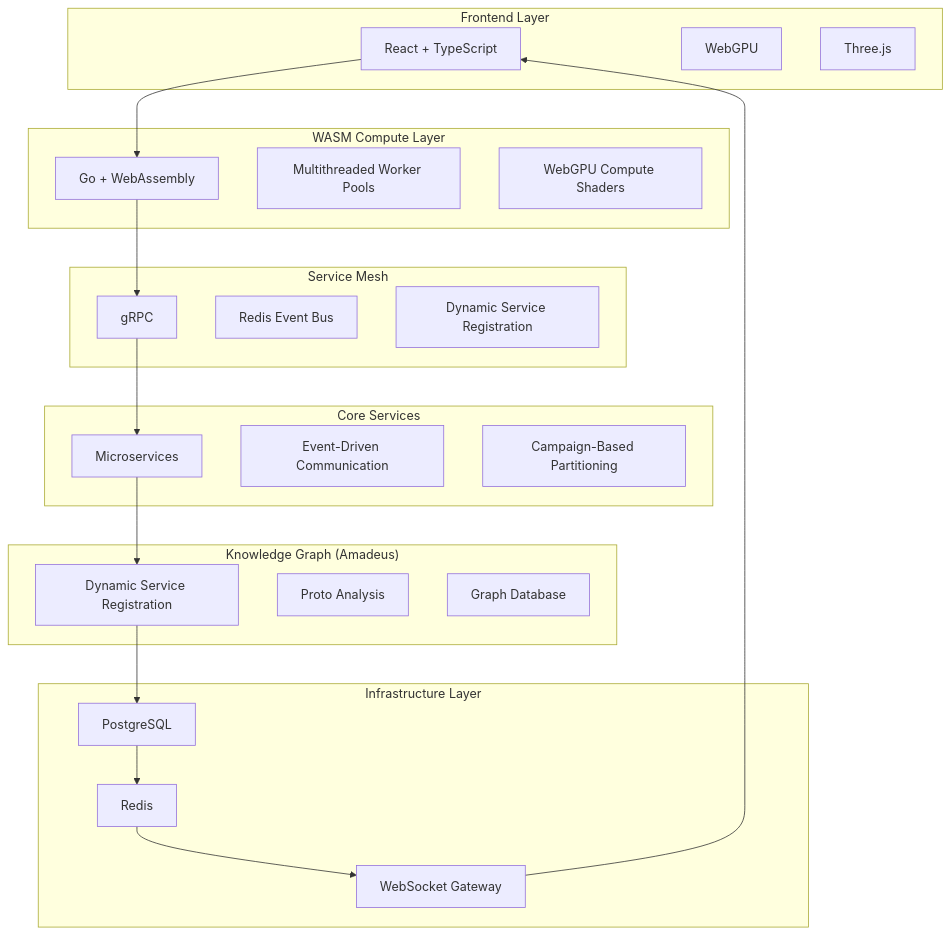
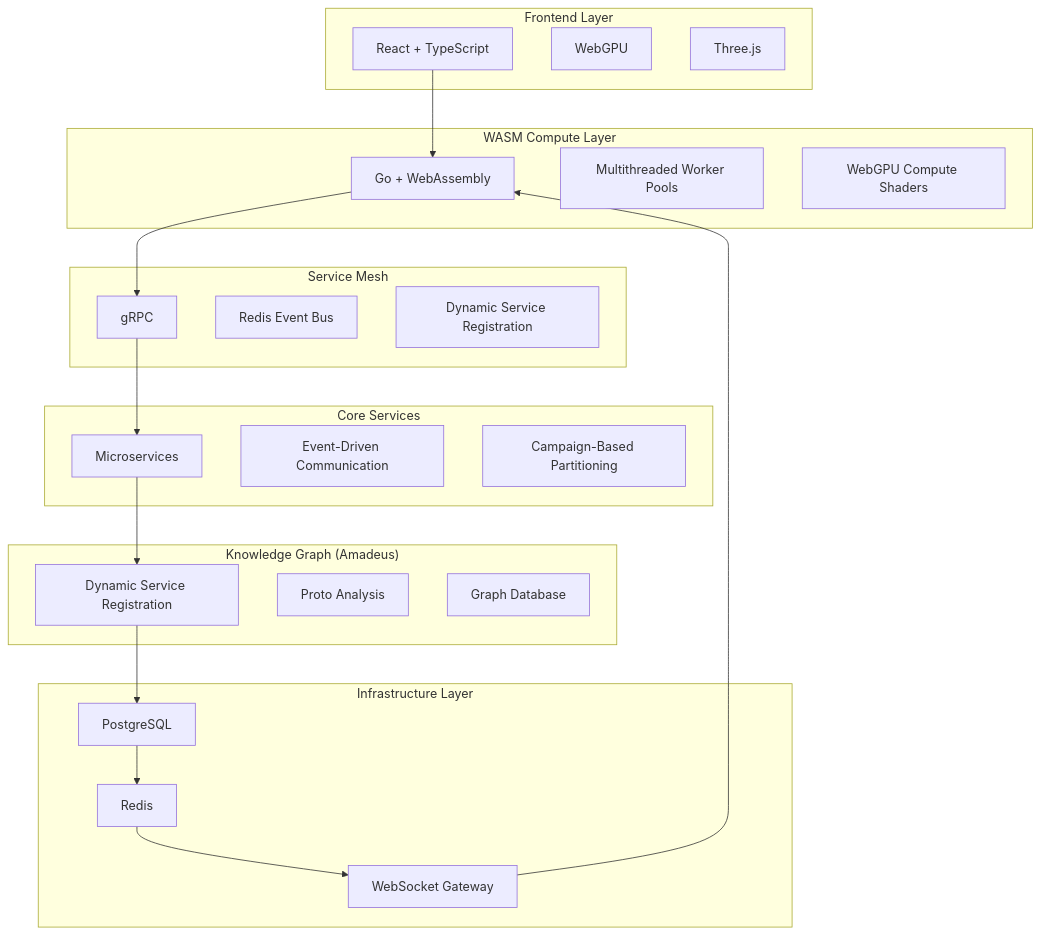
One commit to nmxmxh/master-ovasabi changed the second of 10 diagrams in WHITE_PAPER.md. Above: the diagram before and after it, drawn with Mermaid. The commit also changed other lines of this file, not shown here.

````diff
--- a/WHITE_PAPER.md
+++ b/WHITE_PAPER.md
@@ -76,41 +66,41 @@
 ```mermaid
 graph TD
     subgraph Frontend Layer
         A[React + TypeScript]
         B[WebGPU]
         C[Three.js]
     end
     subgraph WASM Compute Layer
         D[Go + WebAssembly]
         E[Multithreaded Worker Pools]
         F[WebGPU Compute Shaders]
     end
     subgraph Service Mesh
         G[gRPC]
         H[Redis Event Bus]
         I[Dynamic Service Registration]
     end
     subgraph Core Services
         J[Microservices]
         K[Event-Driven Communication]
         L[Campaign-Based Partitioning]
     end
     subgraph "Knowledge Graph (Amadeus)"
         M[Dynamic Service Registration]
         N[Proto Analysis]
         O[Graph Database]
     end
     subgraph Infrastructure Layer
         P[PostgreSQL]
         Q[Redis]
         R[WebSocket Gateway]
     end
     A --> D
     D --> G
     G --> J
     J --> M
     M --> P
     P --> Q
     Q --> R
-    R --> A
+    R --> D
 ```
````
